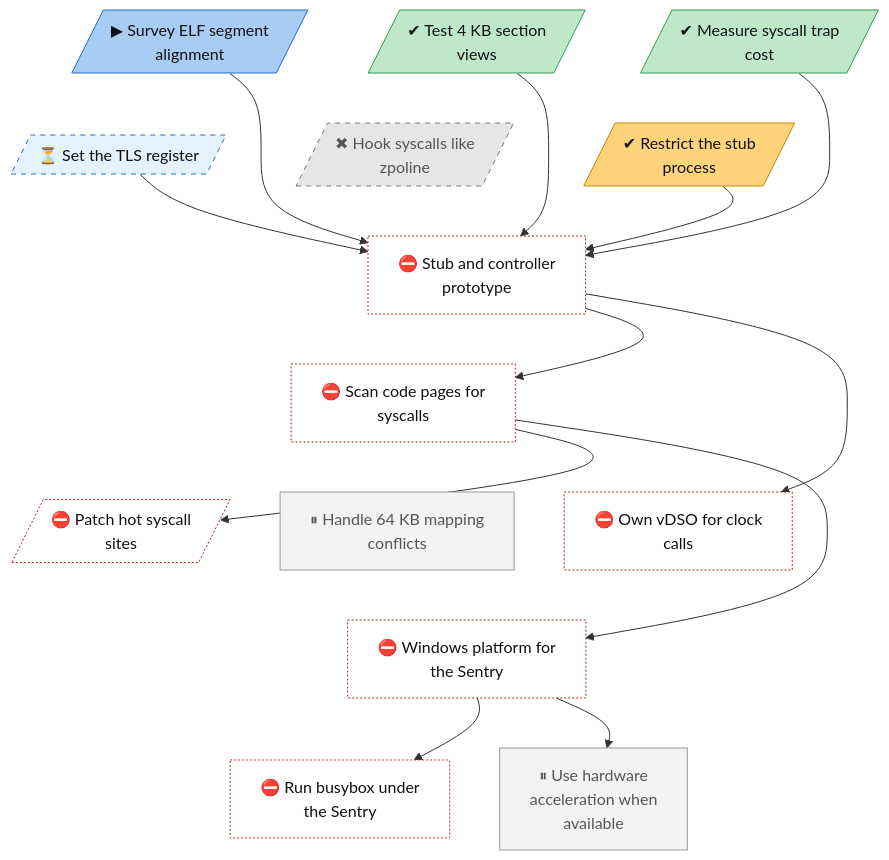
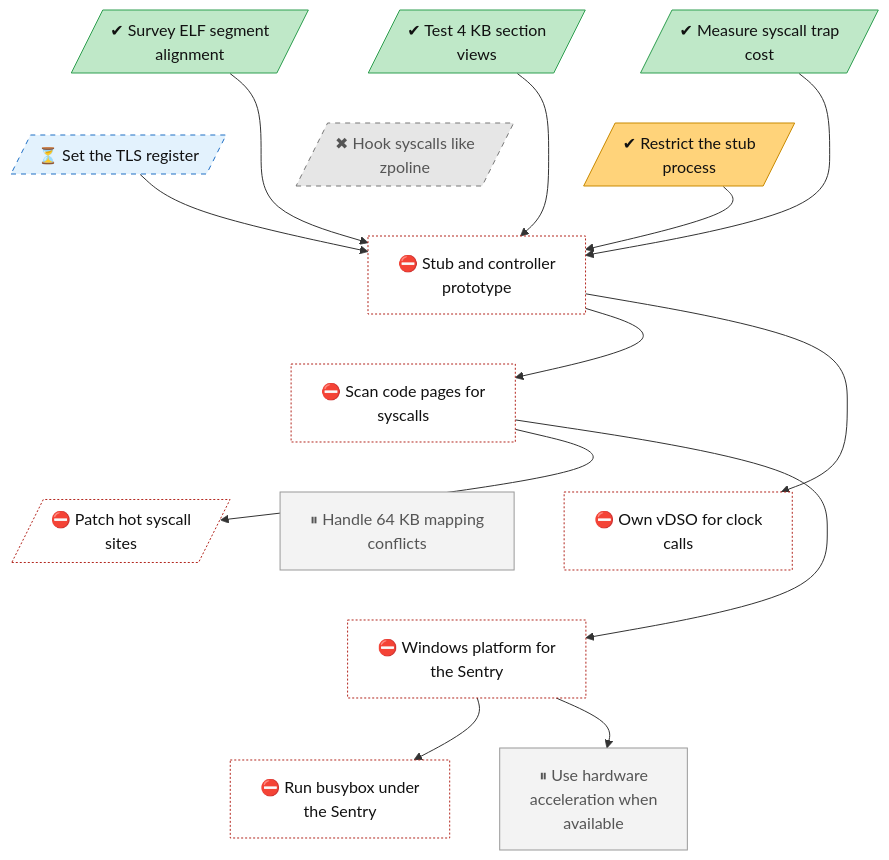
Before and after one commit to lhns/gvisor-windows: the diagram in docs/roadmap/tracks/platform.md, drawn with Mermaid. The commit also changed other lines of this file and 6 other files, not shown here.

````diff
--- a/docs/roadmap/tracks/platform.md
+++ b/docs/roadmap/tracks/platform.md
@@ -10,64 +10,63 @@
 ```mermaid
 flowchart TB
-    platform_elf_alignment_survey[/"▶ Survey ELF segment<br/>alignment"/]
+    platform_elf_alignment_survey[/"✔ Survey ELF segment<br/>alignment"/]
     platform_trap_cost[/"✔ Measure syscall trap<br/>cost"/]
     platform_4k_section_views[/"✔ Test 4 KB section<br/>views"/]
     platform_tls_register[/"⏳ Set the TLS register"/]
     platform_restricted_stub[/"✔ Restrict the stub<br/>process"/]
     platform_zpoline_hooks[/"✖ Hook syscalls like<br/>zpoline"/]
     platform_stub_controller["⛔ Stub and controller<br/>prototype"]
     platform_page_verification["⛔ Scan code pages for<br/>syscalls"]
     platform_syscall_fast_path[/"⛔ Patch hot syscall<br/>sites"/]
     platform_own_vdso["⛔ Own vDSO for clock<br/>calls"]
     platform_64k_mapping_conflicts["⏸ Handle 64 KB mapping<br/>conflicts"]
     platform_winstub["⛔ Windows platform for<br/>the Sentry"]
     platform_busybox_on_windows["⛔ Run busybox under<br/>the Sentry"]
     platform_hardware_acceleration["⏸ Use hardware<br/>acceleration when<br/>available"]
     platform_elf_alignment_survey ~~~ platform_tls_register
     platform_trap_cost ~~~ platform_restricted_stub
     platform_4k_section_views ~~~ platform_zpoline_hooks
     platform_tls_register ~~~ platform_stub_controller
     platform_restricted_stub ~~~ platform_stub_controller
     platform_zpoline_hooks ~~~ platform_stub_controller
     platform_stub_controller ~~~ platform_page_verification
     platform_page_verification ~~~ platform_syscall_fast_path
     platform_page_verification ~~~ platform_own_vdso
     platform_page_verification ~~~ platform_64k_mapping_conflicts
     platform_syscall_fast_path ~~~ platform_winstub
     platform_own_vdso ~~~ platform_winstub
     platform_64k_mapping_conflicts ~~~ platform_winstub
     platform_winstub ~~~ platform_busybox_on_windows
     platform_winstub ~~~ platform_hardware_acceleration
     platform_elf_alignment_survey --> platform_stub_controller
     platform_trap_cost --> platform_stub_controller
     platform_4k_section_views --> platform_stub_controller
     platform_tls_register --> platform_stub_controller
     platform_restricted_stub --> platform_stub_controller
     platform_stub_controller --> platform_page_verification
     platform_page_verification --> platform_syscall_fast_path
     platform_stub_controller --> platform_own_vdso
     platform_page_verification --> platform_winstub
     platform_winstub --> platform_busybox_on_windows
     platform_winstub --> platform_hardware_acceleration
     classDef vsucc fill:#2e9e4f,stroke:#1b6b34,color:#fff
     classDef succ fill:#bfe8c8,stroke:#2e9e4f,color:#111
     classDef mixed fill:#ffd37a,stroke:#c98a00,color:#111
     classDef bad fill:#f28b82,stroke:#b3261e,color:#111
     classDef dead fill:#e6e6e6,stroke:#777,stroke-dasharray:5 5,color:#555
     classDef inprog fill:#a8cdf5,stroke:#1f6fc5,color:#111
     classDef next fill:#fff,stroke:#333,color:#111
     classDef blocked fill:#fff,stroke:#b3261e,stroke-dasharray:2 2,color:#111
     classDef parked fill:#f3f3f3,stroke:#999,color:#555
     classDef unrated fill:#fff,stroke:#333,stroke-dasharray:1 3,color:#111
     classDef gate fill:#d9c2f0,stroke:#7b3fb5,color:#111
     classDef decided fill:#ece0f7,stroke:#7b3fb5,stroke-dasharray:2 2,color:#111
     classDef finding fill:#ffe0b2,stroke:#d84315,stroke-width:2px,color:#111
     classDef waiting fill:#e3f2fd,stroke:#1f6fc5,stroke-dasharray:5 5,color:#111
-    class platform_elf_alignment_survey inprog
-    class platform_trap_cost,platform_4k_section_views succ
+    class platform_elf_alignment_survey,platform_trap_cost,platform_4k_section_views succ
     class platform_tls_register waiting
     class platform_restricted_stub mixed
     class platform_zpoline_hooks dead
     class platform_stub_controller,platform_page_verification,platform_syscall_fast_path,platform_own_vdso,platform_winstub,platform_busybox_on_windows blocked
     class platform_64k_mapping_conflicts,platform_hardware_acceleration parked
 ```
````
